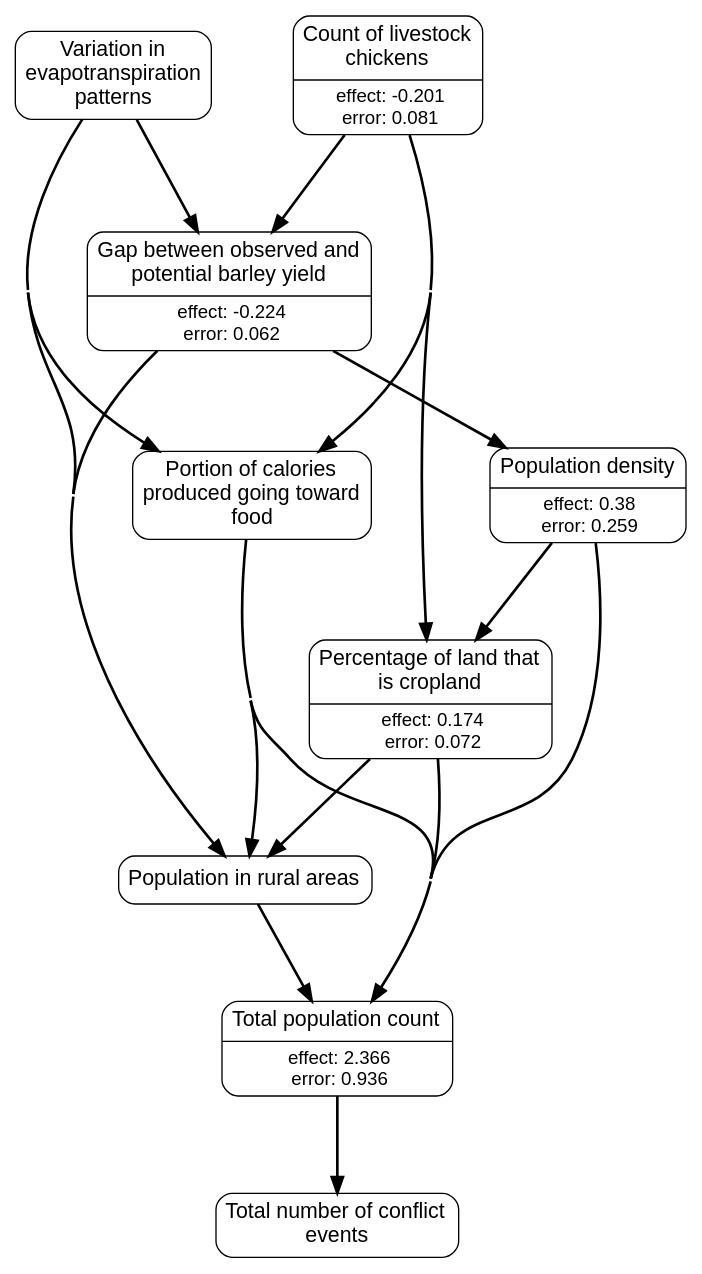
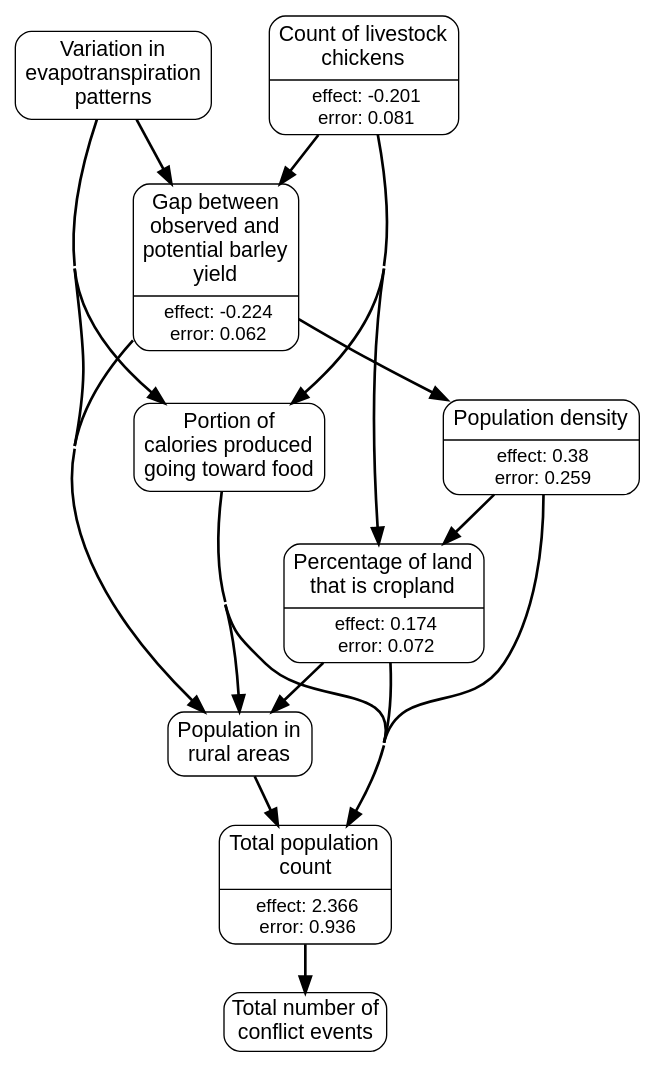
One commit to wri/wri-wpsi changed the diagram in app/javascript/images/regions/causal_graphs/europe_and_central_asia.gv. Above: the diagram before and after it, drawn with Graphviz. The commit also changed 14 other files, not shown here.

```diff
--- a/app/javascript/images/regions/causal_graphs/europe_and_central_asia.gv
+++ b/app/javascript/images/regions/causal_graphs/europe_and_central_asia.gv
@@ -1,68 +1,67 @@
 # generated file for region: europe_and_central_asia by CausalModelRegionGenerator
 strict digraph causalModel {
 nodesep = 0.4;
 concentrate = true;
 node[shape = Mrecord, fontname = "Helvetica, Arial, sans-serif", margin = "0.07,0.05", penwidth = 1.0];
 edge[arrowsize = 1.2, penwidth = 2];
-ranksep=1;
 
+#ranks
+{rank=same; et_anom_m_STD_m chicken_number_s; }
 # links
 et_anom_m_STD_m -> yield_gap_barley_s ;
 et_anom_m_STD_m -> rurpop_s ;
 et_anom_m_STD_m -> DeliveredkcalFraction_s ;
 chicken_number_s -> yield_gap_barley_s ;
 chicken_number_s -> Cropland2000_mean_percent_s ;
 chicken_number_s -> DeliveredkcalFraction_s ;
 yield_gap_barley_s -> rurpop_s ;
 yield_gap_barley_s -> locdensity_y ;
 rurpop_s -> loccount_y ;
 Cropland2000_mean_percent_s -> rurpop_s ;
 Cropland2000_mean_percent_s -> loccount_y ;
 loccount_y -> acl_sum_evnt_m ;
 locdensity_y -> Cropland2000_mean_percent_s ;
 locdensity_y -> loccount_y ;
 DeliveredkcalFraction_s -> rurpop_s ;
 DeliveredkcalFraction_s -> loccount_y ;
 # nodes
 et_anom_m_STD_m [label = <<table align="center" border="0" cellspacing="1" cellpadding="1">
 <tr><td><font point-size="16">Variation in<br/>evapotranspiration<br/>patterns<br/></font></td></tr>
 </table>
 >, class = rankA];
 chicken_number_s [label = <{<table align="center" border="0" cellspacing="1" cellpadding="1">
 <tr><td><font point-size="16">Count of livestock<br/>chickens<br/></font></td></tr>
 </table>
 |<table border="0" cellspacing="1" cellpadding="0.5"><tr><td><font point-size="14">effect: -0.201</font></td></tr>
 <tr><td><font point-size="14">error: 0.081</font></td></tr></table>}>, class = rankA];
 yield_gap_barley_s [label = <{<table align="center" border="0" cellspacing="1" cellpadding="1">
-<tr><td><font point-size="16">Gap between observed and<br/>potential barley yield<br/></font></td></tr>
+<tr><td><font point-size="16">Gap between<br/>observed and<br/>potential barley<br/>yield<br/></font></td></tr>
 </table>
 |<table border="0" cellspacing="1" cellpadding="0.5"><tr><td><font point-size="14">effect: -0.224</font></td></tr>
 <tr><td><font point-size="14">error: 0.062</font></td></tr></table>}>, class = rankB];
 rurpop_s [label = <<table align="center" border="0" cellspacing="1" cellpadding="1">
-<tr><td><font point-size="16">Population in rural areas</font></td></tr>
+<tr><td><font point-size="16">Population in<br/>rural areas<br/></font></td></tr>
 </table>
 >, class = rankB];
 Cropland2000_mean_percent_s [label = <{<table align="center" border="0" cellspacing="1" cellpadding="1">
-<tr><td><font point-size="16">Percentage of land that<br/>is cropland<br/></font></td></tr>
+<tr><td><font point-size="16">Percentage of land<br/>that is cropland<br/></font></td></tr>
 </table>
 |<table border="0" cellspacing="1" cellpadding="0.5"><tr><td><font point-size="14">effect: 0.174</font></td></tr>
 <tr><td><font point-size="14">error: 0.072</font></td></tr></table>}>, class = rankB];
 loccount_y [label = <{<table align="center" border="0" cellspacing="1" cellpadding="1">
-<tr><td><font point-size="16">Total population count</font></td></tr>
+<tr><td><font point-size="16">Total population<br/>count<br/></font></td></tr>
 </table>
 |<table border="0" cellspacing="1" cellpadding="0.5"><tr><td><font point-size="14">effect: 2.366</font></td></tr>
 <tr><td><font point-size="14">error: 0.936</font></td></tr></table>}>, class = rankB];
 locdensity_y [label = <{<table align="center" border="0" cellspacing="1" cellpadding="1">
 <tr><td><font point-size="16">Population density</font></td></tr>
 </table>
 |<table border="0" cellspacing="1" cellpadding="0.5"><tr><td><font point-size="14">effect: 0.38</font></td></tr>
 <tr><td><font point-size="14">error: 0.259</font></td></tr></table>}>, class = rankB];
 DeliveredkcalFraction_s [label = <<table align="center" border="0" cellspacing="1" cellpadding="1">
-<tr><td><font point-size="16">Portion of calories<br/>produced going toward<br/>food<br/></font></td></tr>
+<tr><td><font point-size="16">Portion of<br/>calories produced<br/>going toward food<br/></font></td></tr>
 </table>
 >, class = rankB];
-acl_sum_evnt_m [label = <<table align="center" border="0" cellspacing="1" cellpadding="1">
-<tr><td><font point-size="16">Total number of conflict<br/>events<br/></font></td></tr>
-</table>
->, class = rankC];
+acl_sum_evnt_m [label = "Total number of
+conflict events", class = rankC, shape=box, style=rounded, fontsize="16pt"];
 }
```
